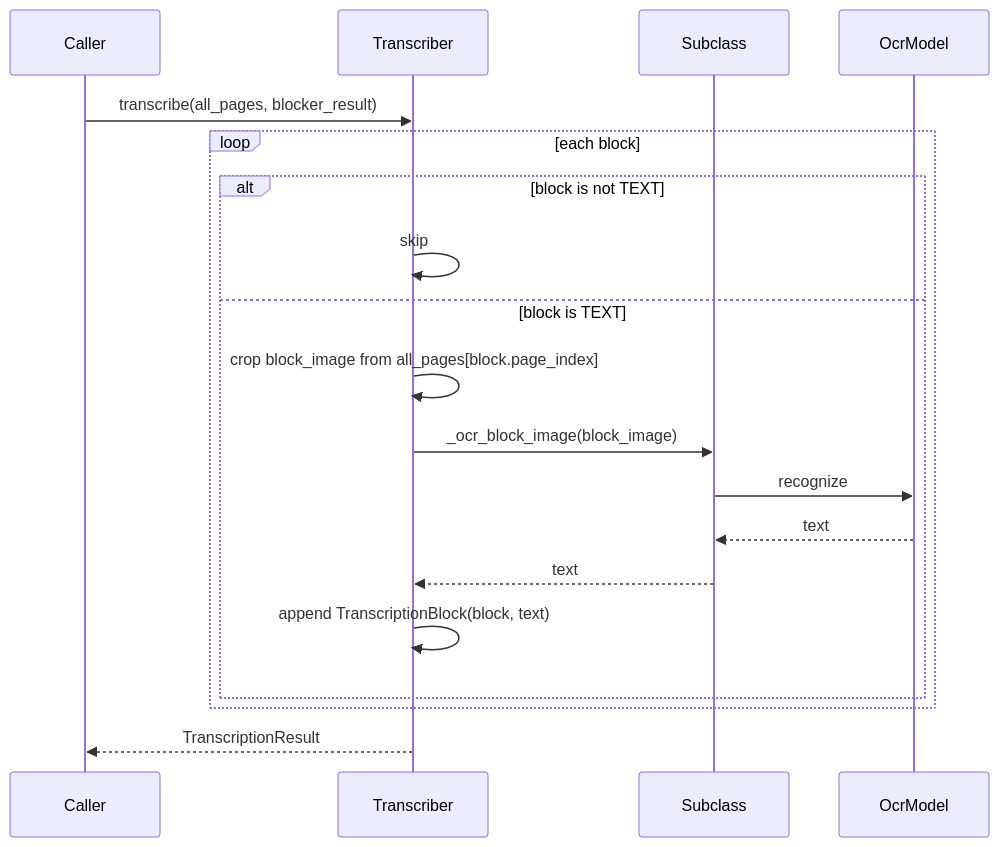
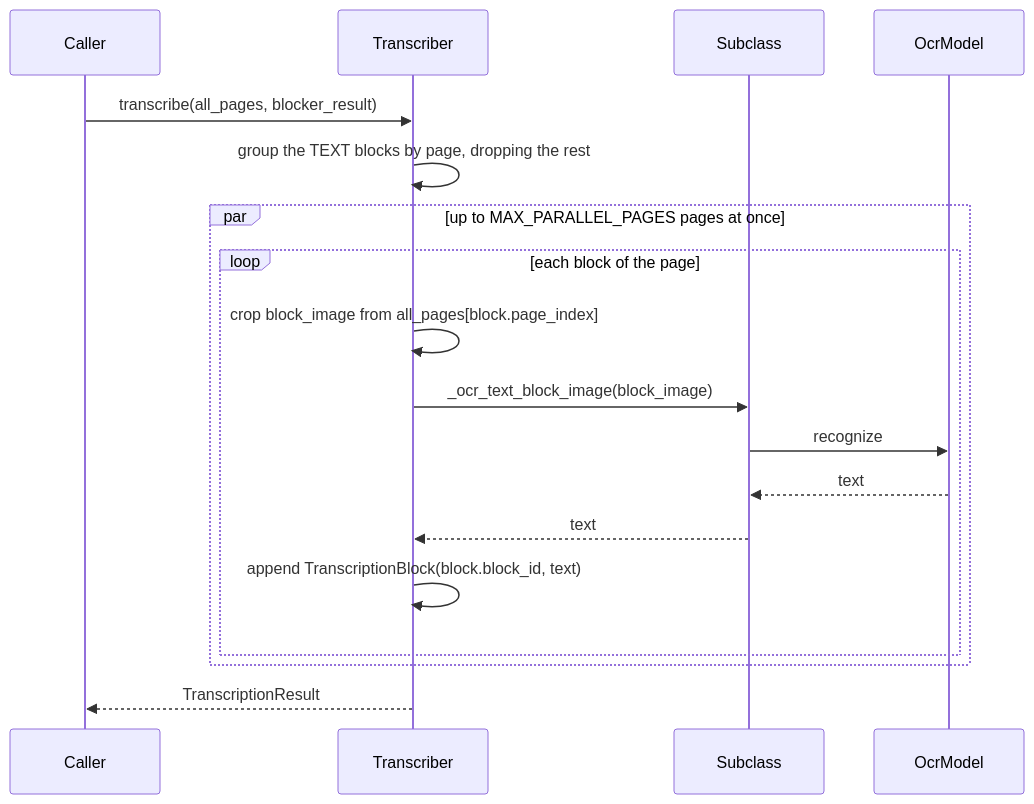
Before and after one commit to konbraphat51/SuperSuat: the second of 2 diagrams in Uploader/OcrModule/Blocked/Docs/Transcriber.md, drawn with Mermaid. The commit also changed other lines of this file and 6 other files, not shown here.

First line of the commit message:
perf: block and transcribe several pages at once

````diff
--- a/Uploader/OcrModule/Blocked/Docs/Transcriber.md
+++ b/Uploader/OcrModule/Blocked/Docs/Transcriber.md
@@ -41,21 +46,20 @@
 ```mermaid
 sequenceDiagram
     participant Caller
     participant Transcriber
     participant Subclass
     participant OcrModel
     Caller->>Transcriber: transcribe(all_pages, blocker_result)
-    loop each block
-        alt block is not TEXT
-            Transcriber->>Transcriber: skip
-        else block is TEXT
+    Transcriber->>Transcriber: group the TEXT blocks by page, dropping the rest
+    par up to MAX_PARALLEL_PAGES pages at once
+        loop each block of the page
             Transcriber->>Transcriber: crop block_image from all_pages[block.page_index]
-            Transcriber->>Subclass: _ocr_block_image(block_image)
+            Transcriber->>Subclass: _ocr_text_block_image(block_image)
             Subclass->>OcrModel: recognize
             OcrModel-->>Subclass: text
             Subclass-->>Transcriber: text
-            Transcriber->>Transcriber: append TranscriptionBlock(block, text)
+            Transcriber->>Transcriber: append TranscriptionBlock(block.block_id, text)
         end
     end
     Transcriber-->>Caller: TranscriptionResult
 ```
````
